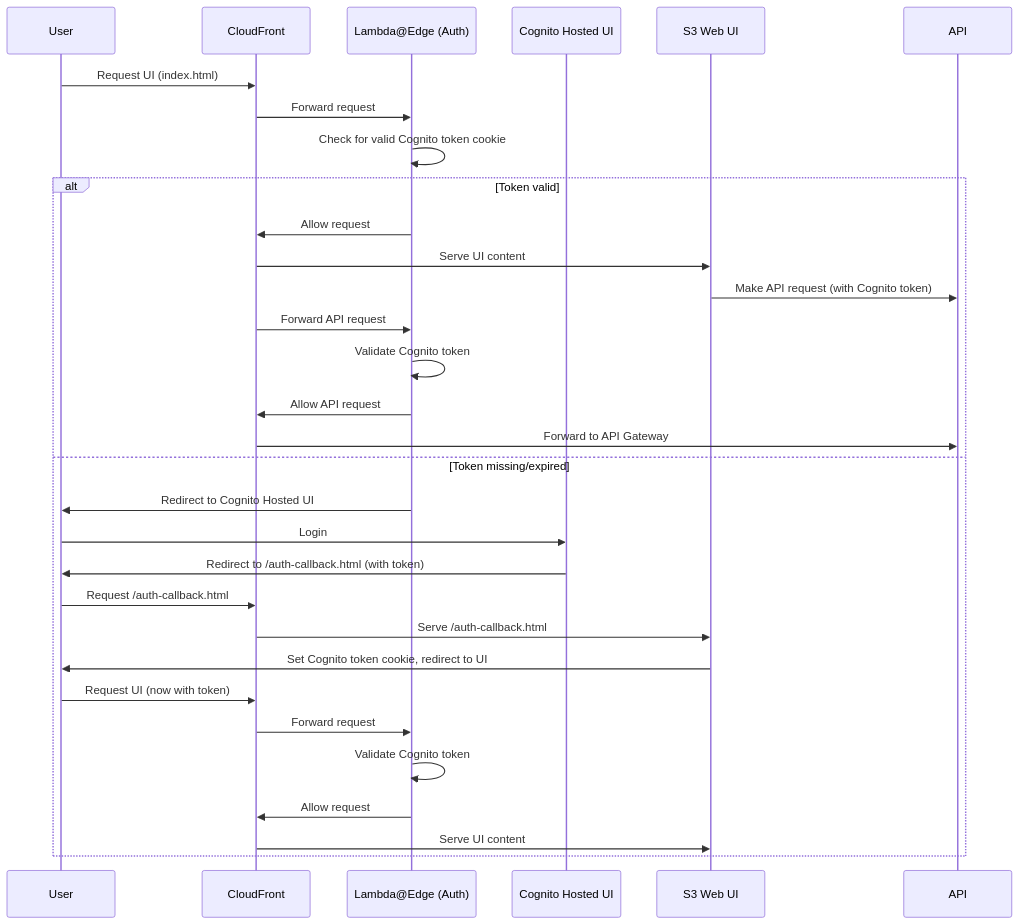
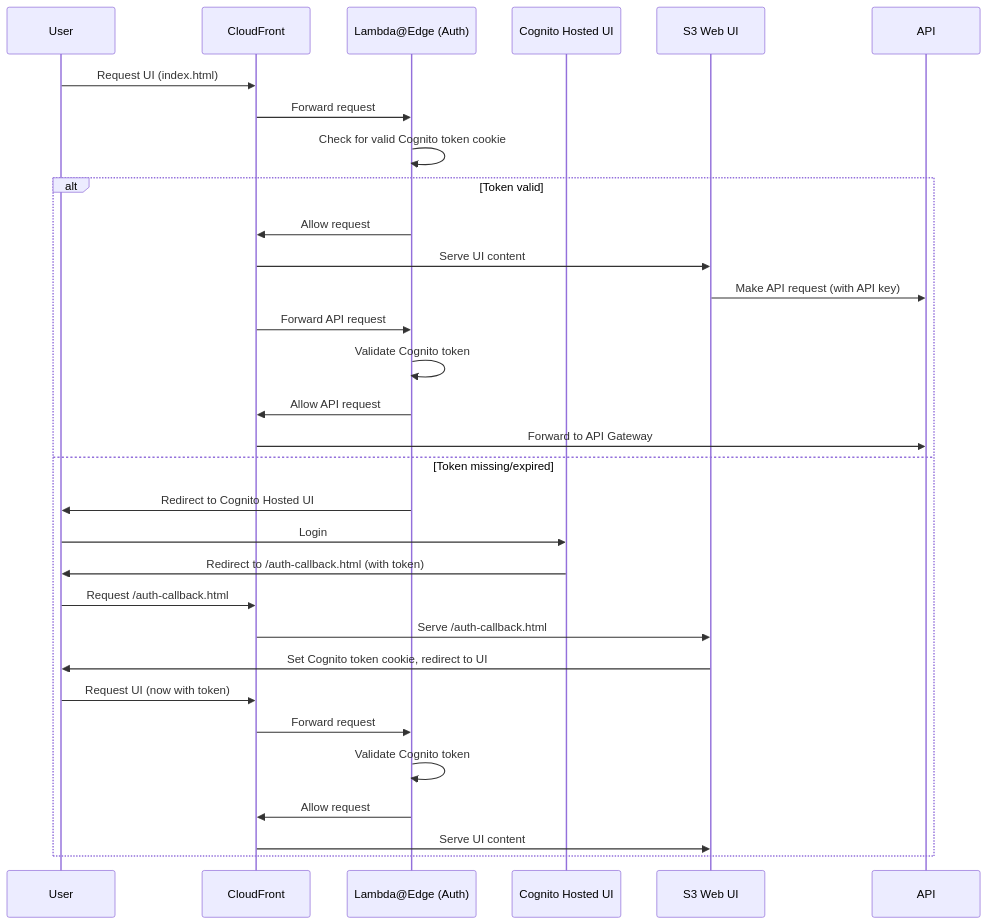
The second of 2 diagrams in readme.md (engineerthefuture/unifi-protect-event-backup-api), drawn with Mermaid before and after one commit.

````diff
--- a/readme.md
+++ b/readme.md
@@ -723,33 +723,33 @@
 ```mermaid
 sequenceDiagram
   participant User
   participant CloudFront
   participant LambdaEdge as Lambda@Edge (Auth)
   participant Cognito as Cognito Hosted UI
   participant UI as S3 Web UI
 
   User->>CloudFront: Request UI (index.html)
   CloudFront->>LambdaEdge: Forward request
   LambdaEdge->>LambdaEdge: Check for valid Cognito token cookie
   alt Token valid
     LambdaEdge->>CloudFront: Allow request
     CloudFront->>UI: Serve UI content
-    UI->>API: Make API request (with Cognito token)
+    UI->>API: Make API request (with API key)
     CloudFront->>LambdaEdge: Forward API request
     LambdaEdge->>LambdaEdge: Validate Cognito token
     LambdaEdge->>CloudFront: Allow API request
     CloudFront->>API: Forward to API Gateway
   else Token missing/expired
     LambdaEdge->>User: Redirect to Cognito Hosted UI
     User->>Cognito: Login
     Cognito->>User: Redirect to /auth-callback.html (with token)
     User->>CloudFront: Request /auth-callback.html
     CloudFront->>UI: Serve /auth-callback.html
     UI->>User: Set Cognito token cookie, redirect to UI
     User->>CloudFront: Request UI (now with token)
     CloudFront->>LambdaEdge: Forward request
     LambdaEdge->>LambdaEdge: Validate Cognito token
     LambdaEdge->>CloudFront: Allow request
     CloudFront->>UI: Serve UI content
   end
 ```
````
